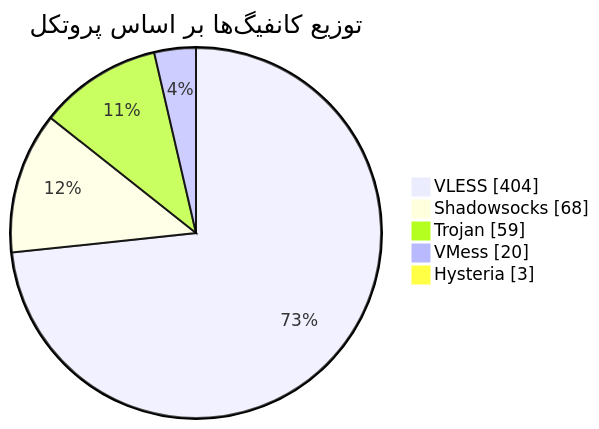
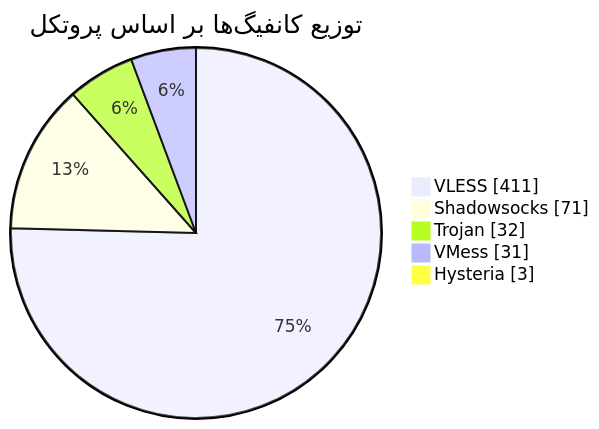
The diagram in README.md (Arian-Alijani/Somthing), drawn with Mermaid before and after one commit. The commit also changed other lines of this file and 75 other files, not shown here.

````diff
--- a/README.md
+++ b/README.md
@@ -47,9 +47,9 @@
 ```mermaid
 pie showData
     title توزیع کانفیگ‌ها بر اساس پروتکل
-    "VLESS" : 404
-    "Shadowsocks" : 68
-    "Trojan" : 59
-    "VMess" : 20
+    "VLESS" : 411
+    "Shadowsocks" : 71
+    "Trojan" : 32
+    "VMess" : 31
     "Hysteria" : 3
 ```
````
